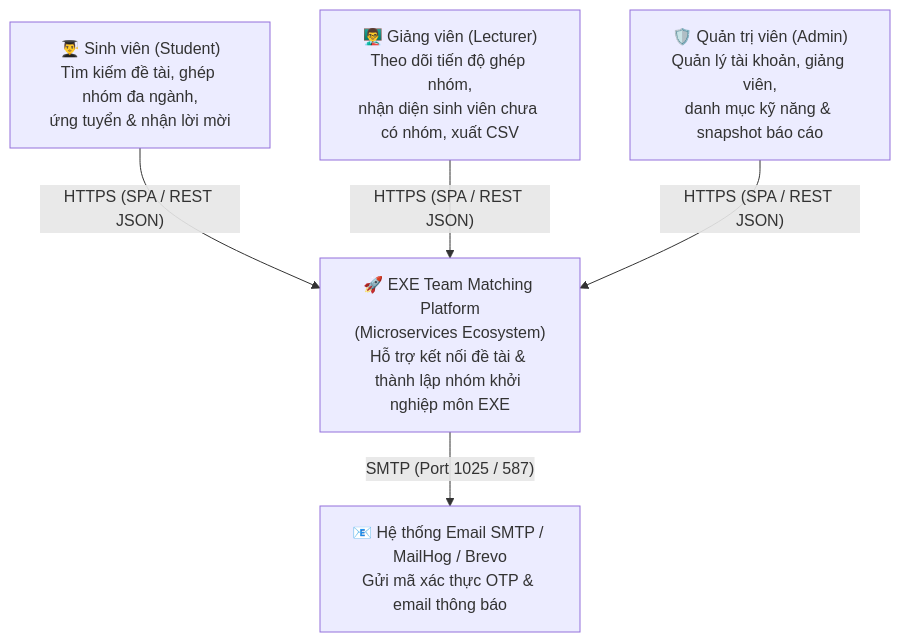
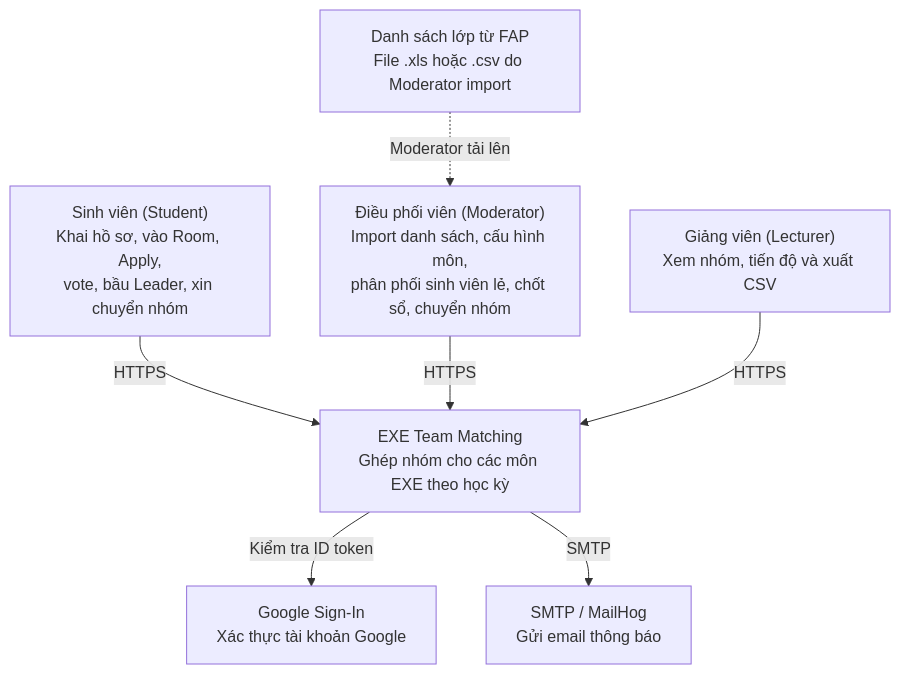
One commit to minhtrong122004/exe-team-matching changed the first of 2 diagrams in docs/architecture/README.md. Above: the diagram before and after it, drawn with Mermaid. The commit also changed other lines of this file and 144 other files, not shown here.

First line of the commit message:
feat(auth,group): switch to Google login with FAP list check and streamline course spaces

````diff
--- a/docs/architecture/README.md
+++ b/docs/architecture/README.md
@@ -9,15 +7,19 @@
 ```mermaid
 flowchart TB
-    Student["👨‍🎓 Sinh viên (Student)\nTìm kiếm đề tài, ghép nhóm đa ngành,\nứng tuyển & nhận lời mời"]
-    Lecturer["👨‍🏫 Giảng viên (Lecturer)\nTheo dõi tiến độ ghép nhóm,\nnhận diện sinh viên chưa có nhóm, xuất CSV"]
-    Admin["🛡️ Quản trị viên (Admin)\nQuản lý tài khoản, giảng viên,\ndanh mục kỹ năng & snapshot báo cáo"]
+    Student["Sinh viên (Student)<br/>Khai hồ sơ, vào Room, Apply,<br/>vote, bầu Leader, xin chuyển nhóm"]
+    Moderator["Điều phối viên (Moderator)<br/>Import danh sách, cấu hình môn,<br/>phân phối sinh viên lẻ, chốt sổ, chuyển nhóm"]
+    Lecturer["Giảng viên (Lecturer)<br/>Xem nhóm, tiến độ và xuất CSV"]
 
-    System["🚀 EXE Team Matching Platform\n(Microservices Ecosystem)\nHỗ trợ kết nối đề tài & thành lập nhóm khởi nghiệp môn EXE"]
+    System["EXE Team Matching<br/>Ghép nhóm cho các môn EXE theo học kỳ"]
 
-    SMTP["📧 Hệ thống Email SMTP / MailHog / Brevo\nGửi mã xác thực OTP & email thông báo"]
+    Google["Google Sign-In<br/>Xác thực tài khoản Google"]
+    Mail["SMTP / MailHog<br/>Gửi email thông báo"]
+    Fap["Danh sách lớp từ FAP<br/>File .xls hoặc .csv do Moderator import"]
 
-    Student -->|"HTTPS (SPA / REST JSON)"| System
-    Lecturer -->|"HTTPS (SPA / REST JSON)"| System
-    Admin -->|"HTTPS (SPA / REST JSON)"| System
-    System -->|"SMTP (Port 1025 / 587)"| SMTP
+    Student -->|"HTTPS"| System
+    Moderator -->|"HTTPS"| System
+    Lecturer -->|"HTTPS"| System
+    Fap -.->|"Moderator tải lên"| Moderator
+    System -->|"Kiểm tra ID token"| Google
+    System -->|"SMTP"| Mail
 ```
````
